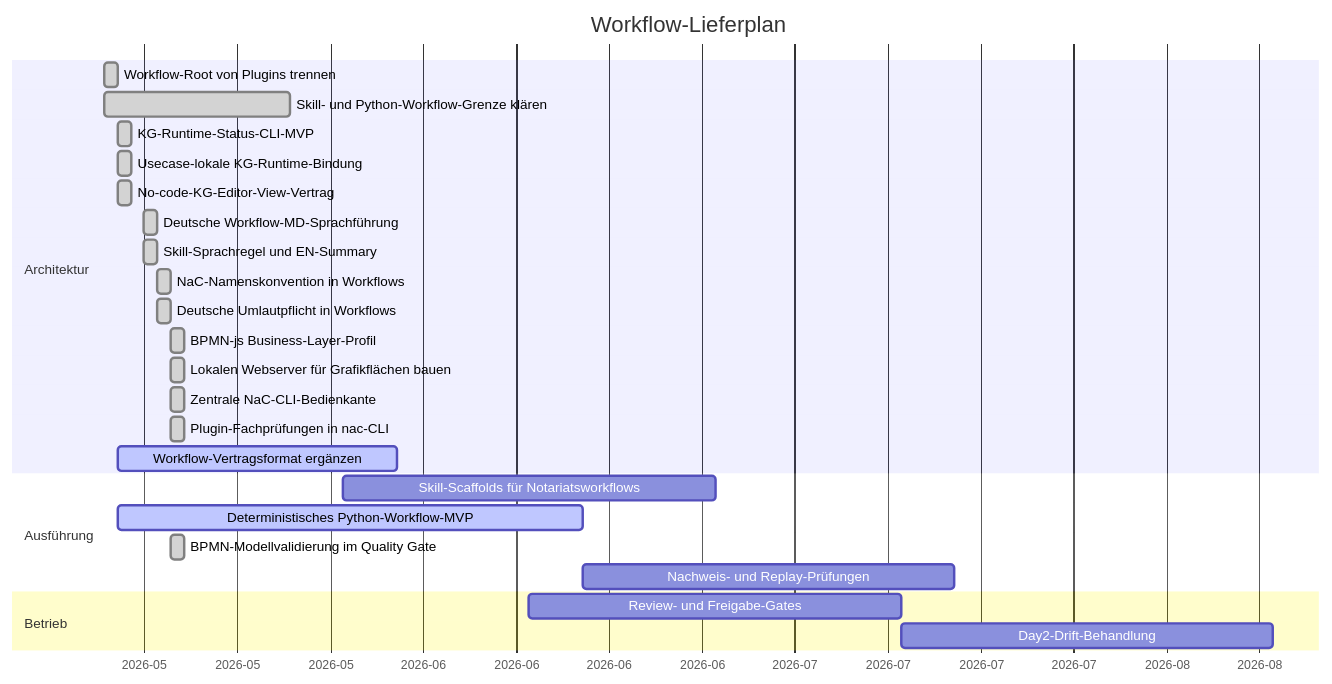
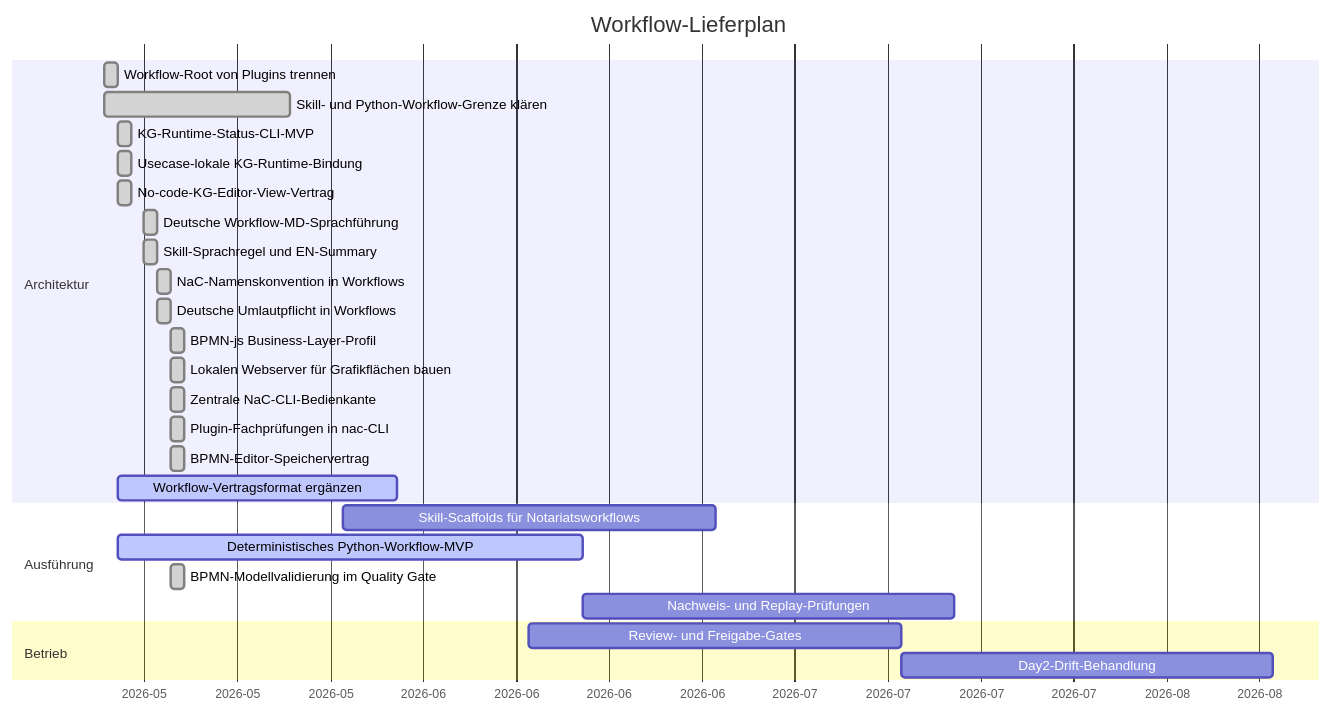
One commit to notariat8/NaC changed the diagram in workflows/GANTT.md. Above: the diagram before and after it, drawn with Mermaid. The commit also changed other lines of this file and 43 other files, not shown here.

Commit message:
Add BPMN usecase editor workflow

````diff
--- a/workflows/GANTT.md
+++ b/workflows/GANTT.md
@@ -5,32 +5,33 @@
 ```mermaid
 gantt
     title Workflow-Lieferplan
     dateFormat  YYYY-MM-DD
     axisFormat  %Y-%m
 
     section Architektur
     Workflow-Root von Plugins trennen          :done,   w1, 2026-05-14, 1d
     Skill- und Python-Workflow-Grenze klären  :done,   w2, 2026-05-14, 14d
     KG-Runtime-Status-CLI-MVP                  :done,   w3, 2026-05-15, 1d
     Usecase-lokale KG-Runtime-Bindung          :done,   w3a, 2026-05-15, 1d
     No-code-KG-Editor-View-Vertrag             :done,   w4a, 2026-05-15, 1d
     Deutsche Workflow-MD-Sprachführung        :done,   w4b, 2026-05-17, 1d
     Skill-Sprachregel und EN-Summary            :done,   w4c, 2026-05-17, 1d
     NaC-Namenskonvention in Workflows           :done,   w4d, 2026-05-18, 1d
     Deutsche Umlautpflicht in Workflows         :done,   w4e, 2026-05-18, 1d
     BPMN-js Business-Layer-Profil               :done,   w4f, 2026-05-19, 1d
     Lokalen Webserver für Grafikflächen bauen  :done,   w4g, 2026-05-19, 1d
     Zentrale NaC-CLI-Bedienkante                :done,   w4h, 2026-05-19, 1d
     Plugin-Fachprüfungen in nac-CLI             :done,   w4i, 2026-05-19, 1d
+    BPMN-Editor-Speichervertrag                 :done,   w4j, 2026-05-19, 1d
     Workflow-Vertragsformat ergänzen          :active, w4, 2026-05-15, 21d
 
     section Ausführung
     Skill-Scaffolds für Notariatsworkflows    :        w5, 2026-06-01, 28d
     Deterministisches Python-Workflow-MVP      :active, w6, 2026-05-15, 35d
     BPMN-Modellvalidierung im Quality Gate      :done,   w6a, 2026-05-19, 1d
     Nachweis- und Replay-Prüfungen            :        w7, after w6, 28d
 
     section Betrieb
     Review- und Freigabe-Gates                 :        w8, 2026-06-15, 28d
     Day2-Drift-Behandlung                      :        w9, after w8, 28d
 ```
````
